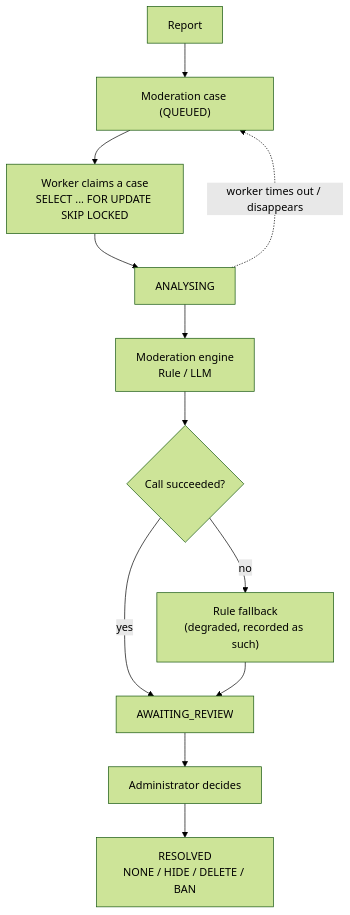
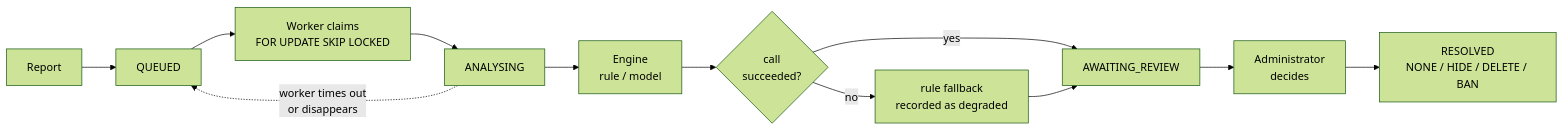
One commit to Mingjie-Mao/De-moderation-backend changed the first of 2 diagrams in README.md. Above: the diagram before and after it, drawn with Mermaid (forest theme). The commit also changed other lines of this file and 43 other files, not shown here.

````diff
--- a/README.md
+++ b/README.md
@@ -43,14 +43,14 @@
 ```mermaid
-flowchart TD
-    R["Report"] --> C["Moderation case (QUEUED)"]
-    C --> W["Worker claims a case<br/>SELECT ... FOR UPDATE SKIP LOCKED"]
+flowchart LR
+    R["Report"] --> C["QUEUED"]
+    C --> W["Worker claims<br/>FOR UPDATE SKIP LOCKED"]
     W --> A["ANALYSING"]
-    A --> E["Moderation engine<br/>Rule / LLM"]
-    E --> Q{"Call succeeded?"}
+    A --> E["Engine<br/>rule / model"]
+    E --> Q{"call<br/>succeeded?"}
     Q -->|"yes"| AR["AWAITING_REVIEW"]
-    Q -->|"no"| F["Rule fallback<br/>(degraded, recorded as such)"]
+    Q -->|"no"| F["rule fallback<br/>recorded as degraded"]
     F --> AR
-    AR --> ADM["Administrator decides"]
+    AR --> ADM["Administrator<br/>decides"]
     ADM --> RES["RESOLVED<br/>NONE / HIDE / DELETE / BAN"]
-    A -.->|"worker times out / disappears"| C
+    A -.->|"worker times out<br/>or disappears"| C
 ```
````
